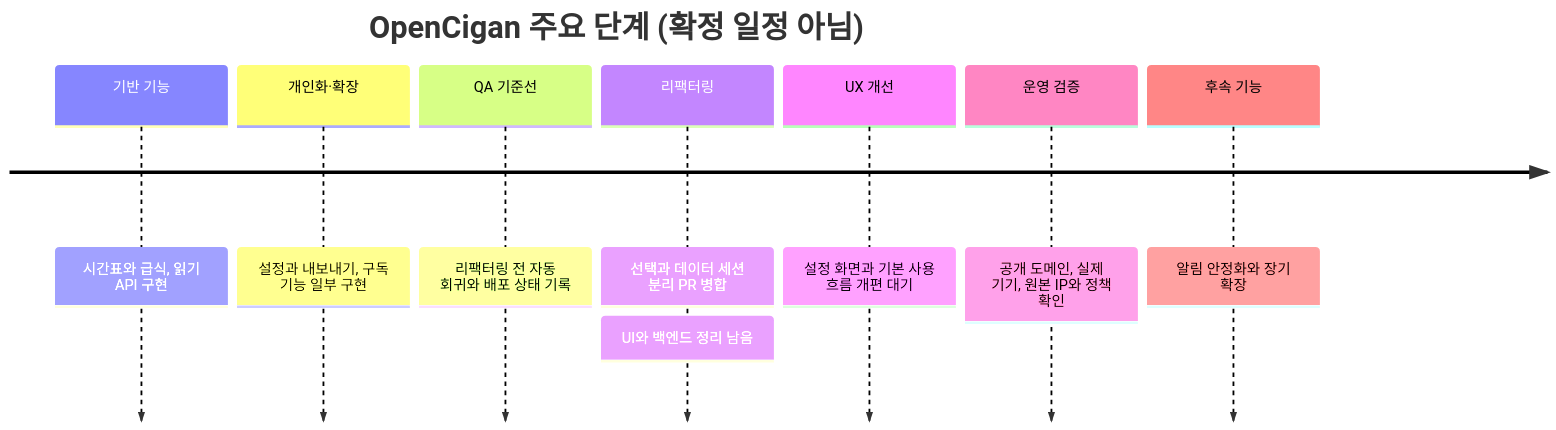
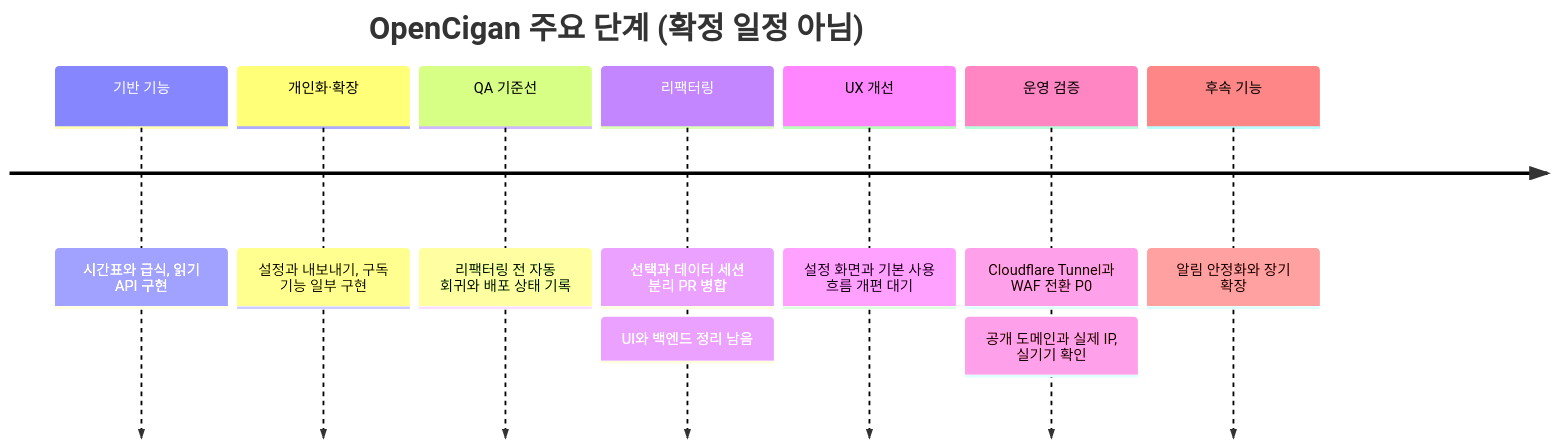
Before and after one commit to Transient-Onlooker/opencigan: the first of 2 diagrams in docs/roadmap.md, drawn with Mermaid. The commit also changed other lines of this file and 3 other files, not shown here.

Commit message:
docs: prioritize Cloudflare Tunnel and WAF bot protection as P0

````diff
--- a/docs/roadmap.md
+++ b/docs/roadmap.md
@@ -7,11 +7,11 @@
 ```mermaid
 timeline
     title OpenCigan 주요 단계 (확정 일정 아님)
     기반 기능 : 시간표와 급식, 읽기 API 구현
     개인화·확장 : 설정과 내보내기, 구독 기능 일부 구현
     QA 기준선 : 리팩터링 전 자동 회귀와 배포 상태 기록
     리팩터링 : 선택과 데이터 세션 분리 PR 병합 : UI와 백엔드 정리 남음
     UX 개선 : 설정 화면과 기본 사용 흐름 개편 대기
-    운영 검증 : 공개 도메인, 실제 기기, 원본 IP와 정책 확인
+    운영 검증 : Cloudflare Tunnel과 WAF 전환 P0 : 공개 도메인과 실제 IP, 실기기 확인
     후속 기능 : 알림 안정화와 장기 확장
 ```
````
